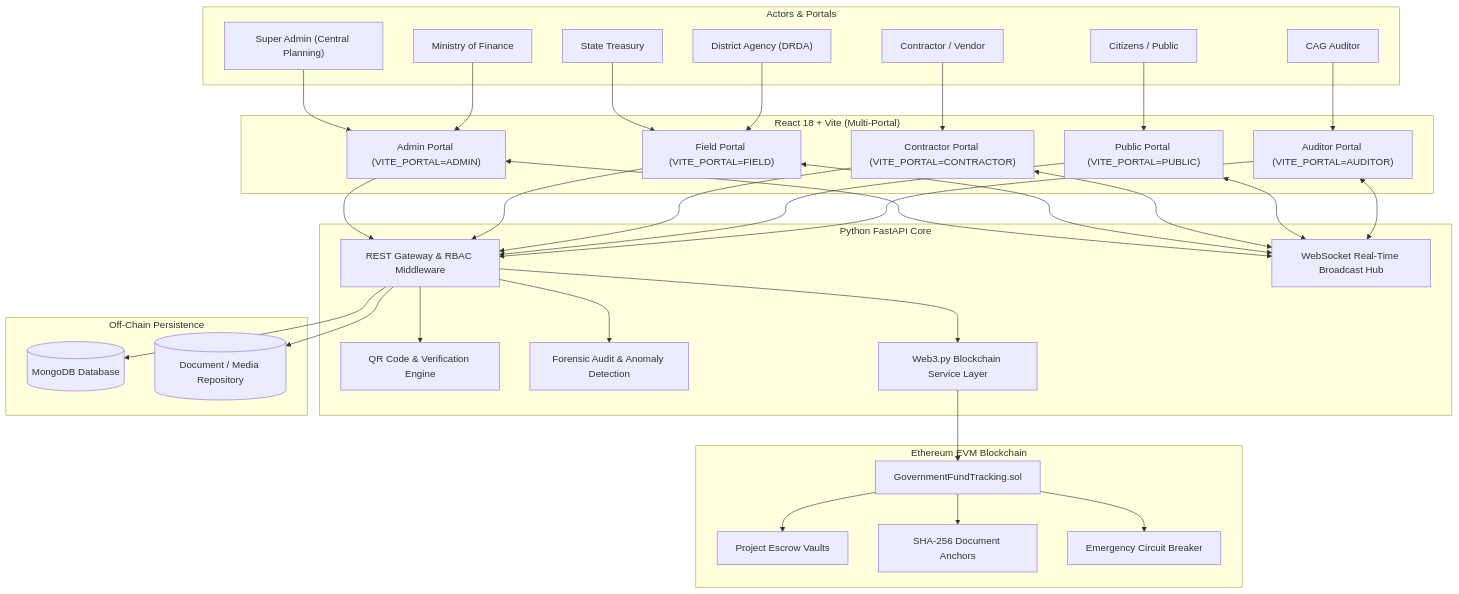
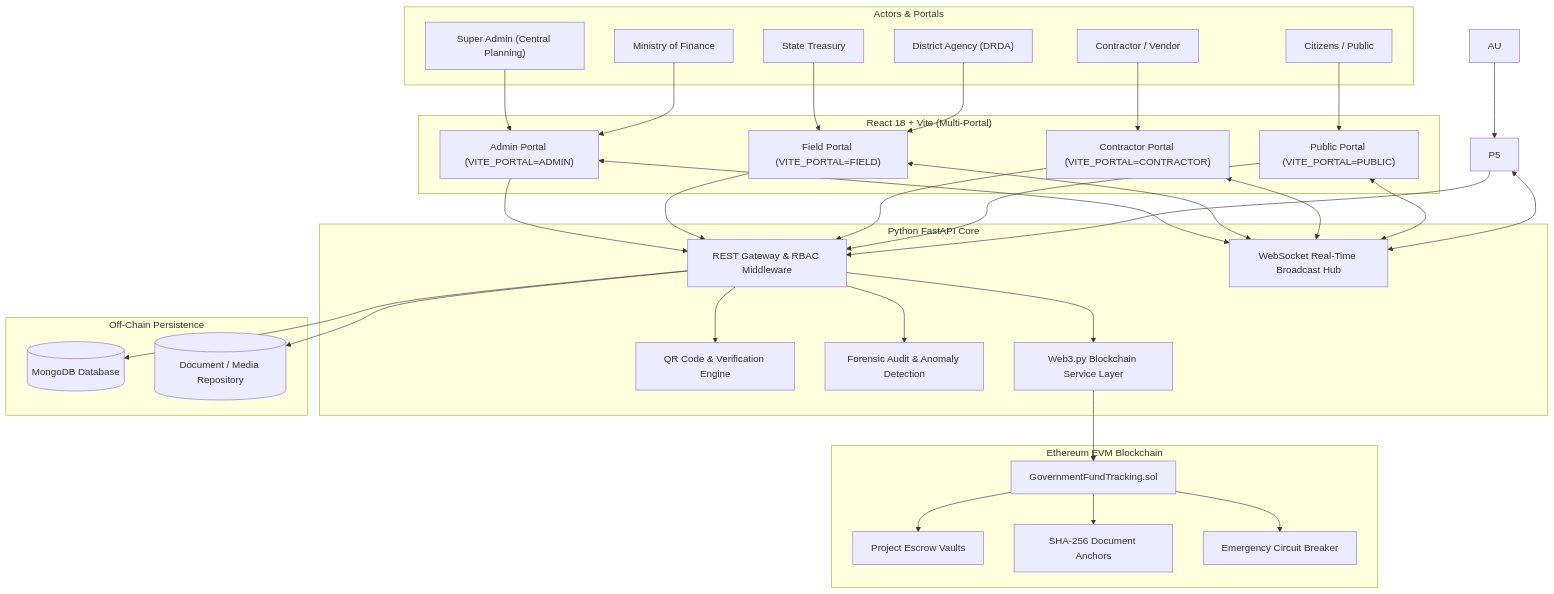
One commit to SUHAS-DATA/Government-Fund-Allocation-over-blockchain- changed the diagram in README.md. Above: the diagram before and after it, drawn with Mermaid. The commit also changed other lines of this file and 10 other files, not shown here.

````diff
--- a/README.md
+++ b/README.md
@@ -60,60 +60,58 @@
 ```mermaid
 flowchart TD
     subgraph Users ["Actors & Portals"]
         SA["Super Admin (Central Planning)"]
         FA["Ministry of Finance"]
         ST["State Treasury"]
         DA["District Agency (DRDA)"]
         CO["Contractor / Vendor"]
-        AU["CAG Auditor"]
         CZ["Citizens / Public"]
     end
 
     subgraph Frontend ["React 18 + Vite (Multi-Portal)"]
         P1["Admin Portal (VITE_PORTAL=ADMIN)"]
         P2["Field Portal (VITE_PORTAL=FIELD)"]
         P3["Contractor Portal (VITE_PORTAL=CONTRACTOR)"]
         P4["Public Portal (VITE_PORTAL=PUBLIC)"]
-        P5["Auditor Portal (VITE_PORTAL=AUDITOR)"]
     end
 
     subgraph Backend ["Python FastAPI Core"]
         API["REST Gateway & RBAC Middleware"]
         WS["WebSocket Real-Time Broadcast Hub"]
         QRS["QR Code & Verification Engine"]
         FAS["Forensic Audit & Anomaly Detection"]
         BCS["Web3.py Blockchain Service Layer"]
     end
 
     subgraph Ledger ["Ethereum EVM Blockchain"]
         SC["GovernmentFundTracking.sol"]
         EV["Project Escrow Vaults"]
         AH["SHA-256 Document Anchors"]
         CB["Emergency Circuit Breaker"]
     end
 
     subgraph Storage ["Off-Chain Persistence"]
         MDB[("MongoDB Database")]
         UPL[("Document / Media Repository")]
     end
 
     SA & FA --> P1
     ST & DA --> P2
     CO --> P3
     CZ --> P4
     AU --> P5
 
     P1 & P2 & P3 & P4 & P5 --> API
     P1 & P2 & P3 & P4 & P5 <--> WS
 
     API --> BCS
     API --> QRS
     API --> FAS
     API --> MDB
     API --> UPL
 
     BCS --> SC
     SC --> EV
     SC --> AH
     SC --> CB
 ```
````
